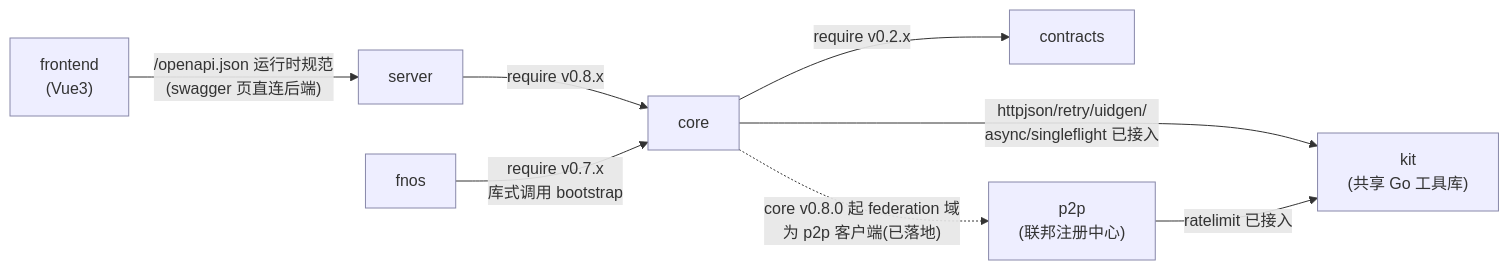
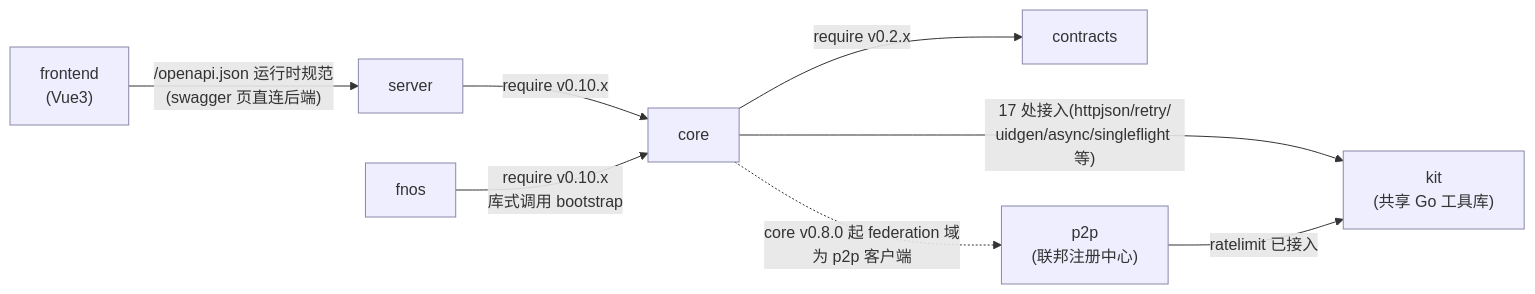
The second of 9 diagrams in docs/architecture.md (filescodebox/FilesCodeBox), drawn with Mermaid before and after one commit. The commit also changed other lines of this file and 6 other files, not shown here.

Commit message:
docs: 2026-10-05 全生态对码——architecture 重写(16 域/新版本矩阵/联邦与设备直传),双语 README 版本矩阵刷新,API-TOKENS 改密语义/ENV 联邦 failover,docs-site k8s 页与首页特性卡

````diff
--- a/docs/architecture.md
+++ b/docs/architecture.md
@@ -38,15 +42,15 @@
 ```mermaid
 graph LR
     FE["frontend<br/>(Vue3)"] -->|"/openapi.json 运行时规范<br/>(swagger 页直连后端)"| SRV["server"]
-    SRV -->|"require v0.8.x"| CORE["core"]
-    FNOS["fnos"] -->|"require v0.7.x<br/>库式调用 bootstrap"| CORE
+    SRV -->|"require v0.10.x"| CORE["core"]
+    FNOS["fnos"] -->|"require v0.10.x<br/>库式调用 bootstrap"| CORE
     CORE -->|"require v0.2.x"| CTX["contracts"]
     P2P["p2p<br/>(联邦注册中心)"]
-    CORE -.->|"core v0.8.0 起 federation 域<br/>为 p2p 客户端(已落地)"| P2P
+    CORE -.->|"core v0.8.0 起 federation 域<br/>为 p2p 客户端"| P2P
     KIT["kit<br/>(共享 Go 工具库)"]
-    CORE -->|"httpjson/retry/uidgen/<br/>async/singleflight 已接入"| KIT
+    CORE -->|"17 处接入(httpjson/retry/<br/>uidgen/async/singleflight 等)"| KIT
     P2P -->|"ratelimit 已接入"| KIT
 
     classDef plain fill:#eef,stroke:#88a
     class CTX,CORE,SRV,FE,FNOS,P2P,KIT plain
 ```
````
